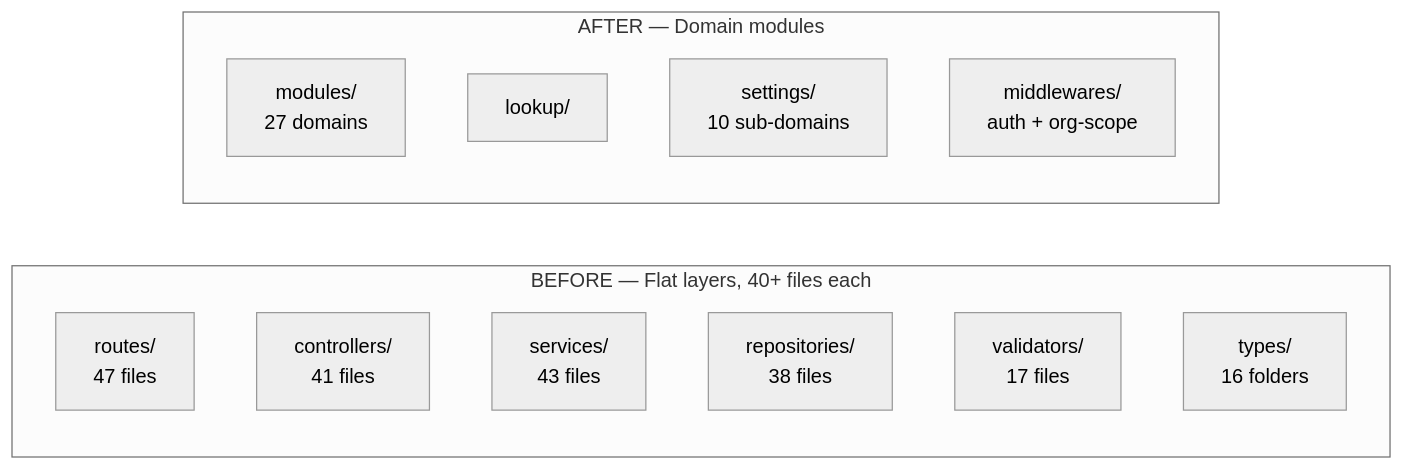
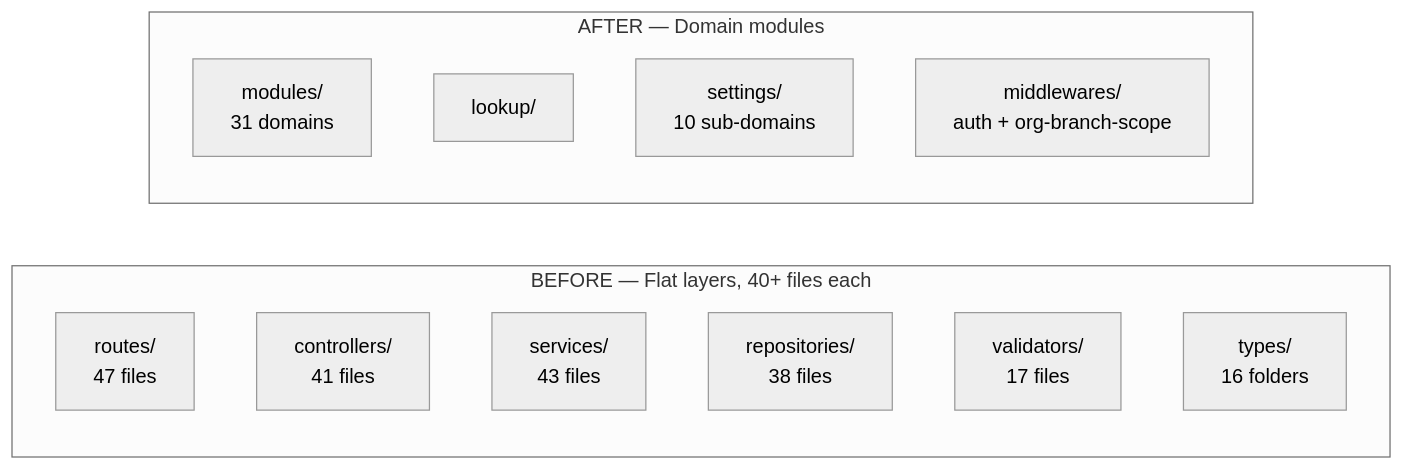
Before and after one commit to Jhay1413/travana-V2: the first of 5 diagrams in SERVER_STRUCTURE_PLAN.md, drawn with Mermaid (neutral theme). The commit also changed other lines of this file and 312 other files, not shown here.

````diff
--- a/SERVER_STRUCTURE_PLAN.md
+++ b/SERVER_STRUCTURE_PLAN.md
@@ -308,18 +333,18 @@
 ```mermaid
 graph LR
     subgraph "BEFORE — Flat layers, 40+ files each"
         R[routes/\n47 files]
         C[controllers/\n41 files]
         S[services/\n43 files]
         P[repositories/\n38 files]
         V[validators/\n17 files]
         T[types/\n16 folders]
     end
 
     subgraph "AFTER — Domain modules"
-        M[modules/\n27 domains]
+        M[modules/\n31 domains]
         LK[lookup/]
         ST[settings/\n10 sub-domains]
-        MW[middlewares/\nauth + org-scope]
+        MW[middlewares/\nauth + org-branch-scope]
     end
 ```
````
